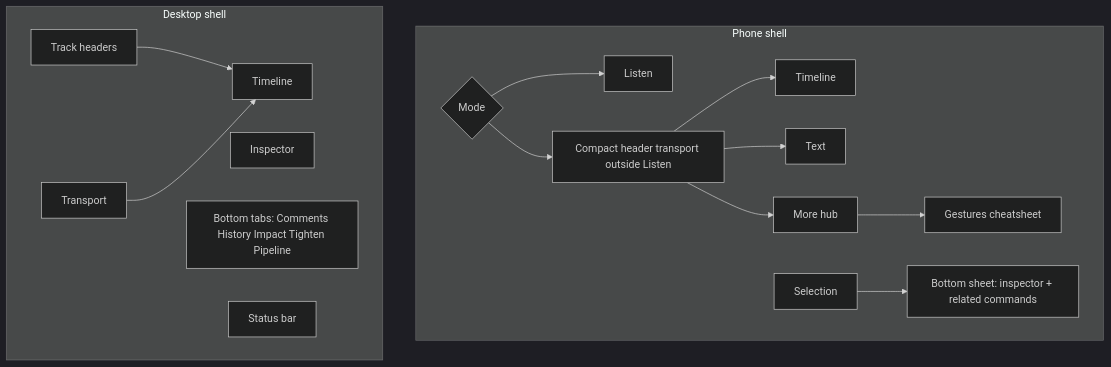
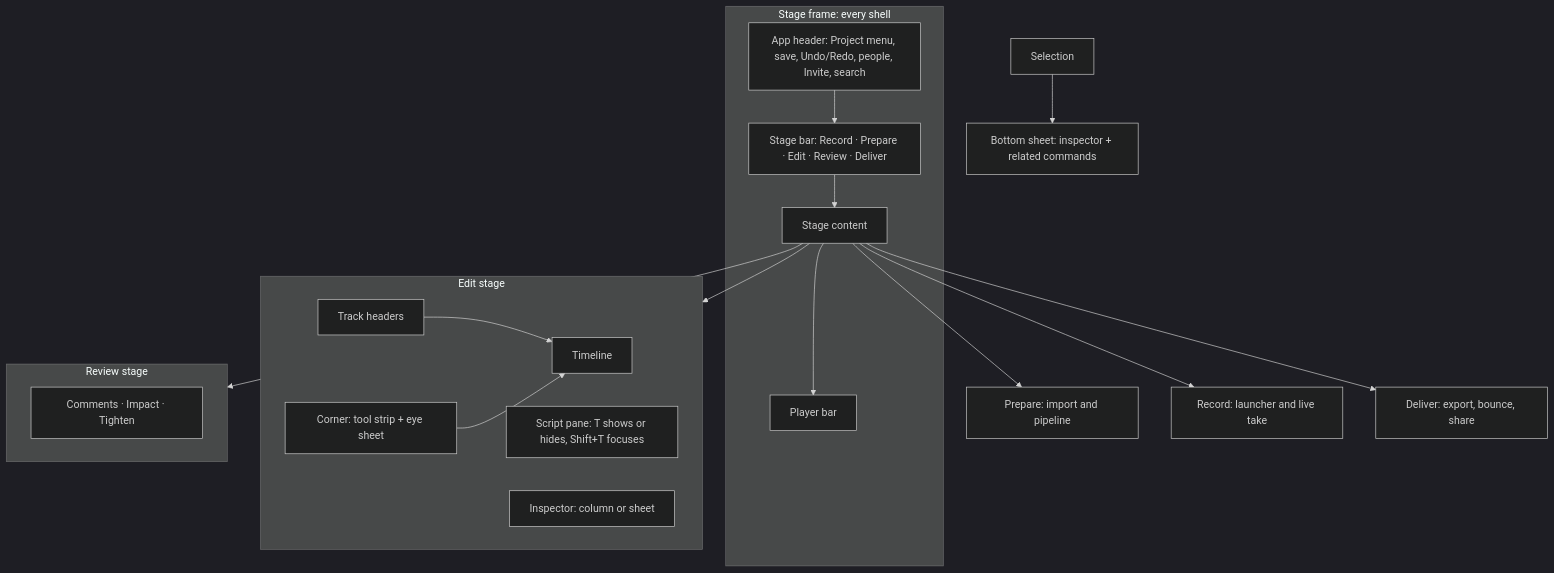
The first of 3 diagrams in ux/pages/screen-inventory.md (calebn/sharecut-studio), drawn with Mermaid (dark theme) before and after one commit. The commit also changed other lines of this file and 26 other files, not shown here.

First line of the commit message:
docs(stage-shell): update the docs and generated cheatsheet for the stage frame

````diff
--- a/ux/pages/screen-inventory.md
+++ b/ux/pages/screen-inventory.md
@@ -40,22 +40,28 @@
 ```mermaid
 flowchart TB
-  subgraph phone [Phone shell]
-    M{Mode}
-    M --> L[Listen]
-    M --> T[Compact header transport outside Listen]
-    T --> TL[Timeline]
-    T --> TX[Text]
-    T --> MO[More hub]
-    MO --> G[Gestures cheatsheet]
-    SEL[Selection] --> BS[Bottom sheet: inspector + related commands]
+  subgraph frame [Stage frame: every shell]
+    HD[App header: Project menu, save, Undo/Redo, people, Invite, search]
+    SB[Stage bar: Record · Prepare · Edit · Review · Deliver]
+    ST[Stage content]
+    PL[Player bar]
+    HD --> SB --> ST --> PL
   end
 
-  subgraph desktop [Desktop shell]
-    TR[Transport]
+  subgraph edit [Edit stage]
     TH[Track headers] --> TIM[Timeline]
-    TR --> TIM
-    INS[Inspector]
-    TAB[Bottom tabs: Comments History Impact Tighten Pipeline]
-    ST[Status bar]
+    CORNER[Corner: tool strip + eye sheet] --> TIM
+    SC[Script pane: T shows or hides, Shift+T focuses]
+    INS[Inspector: column or sheet]
   end
+
+  subgraph review [Review stage]
+    RV[Comments · Impact · Tighten]
+  end
+
+  ST --> edit
+  ST --> review
+  ST --> PREP[Prepare: import and pipeline]
+  ST --> REC[Record: launcher and live take]
+  ST --> DEL[Deliver: export, bounce, share]
+  SEL[Selection] --> BS[Bottom sheet: inspector + related commands]
 ```
````
